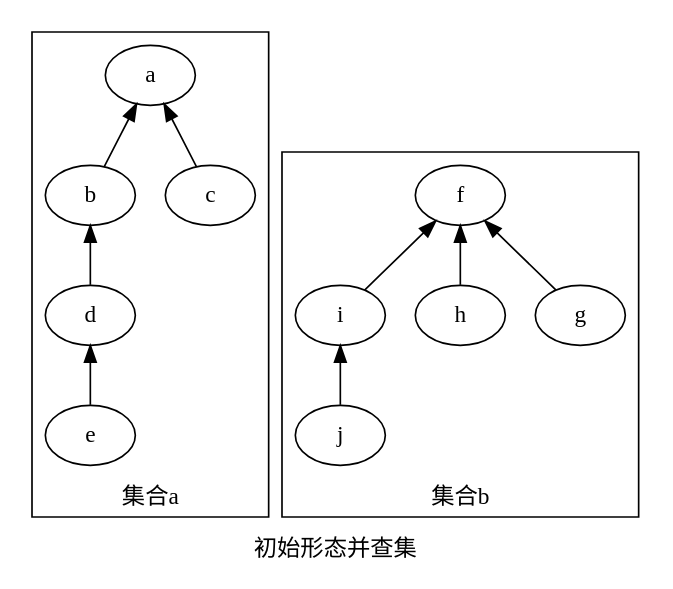
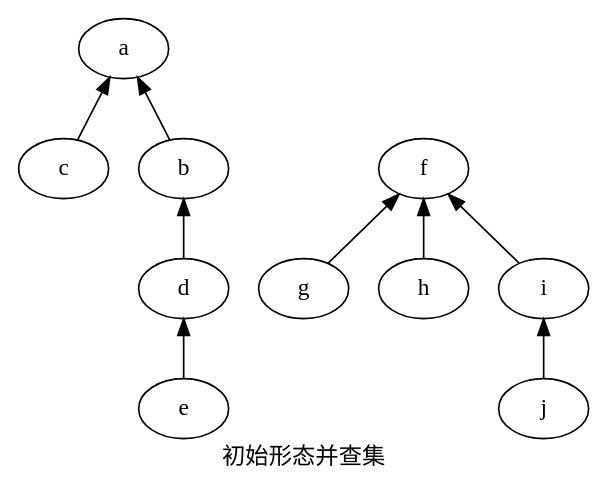
One commit to hcx2012/book changed the first of 2 diagrams in DisjointSetUnion.md. Above: the diagram before and after it, drawn with Graphviz.

````diff
--- a/DisjointSetUnion.md
+++ b/DisjointSetUnion.md
@@ -58,20 +58,20 @@
 ```dot
 digraph "初始形态并查集"{
   label = "初始形态并查集"
   rankdir="BT"
-  subgraph cluster_a{
+  subgraph "集合a"{
     label = "集合a"
     b -> a;
     c -> a;
     d -> b;
     e -> d;
   }
-  subgraph cluster_b{
+  subgraph "集合b"{
     label = "集合b"
     g -> f;
     h -> f;
     i -> f;
     j -> i;
   }
 }
 ```
````
